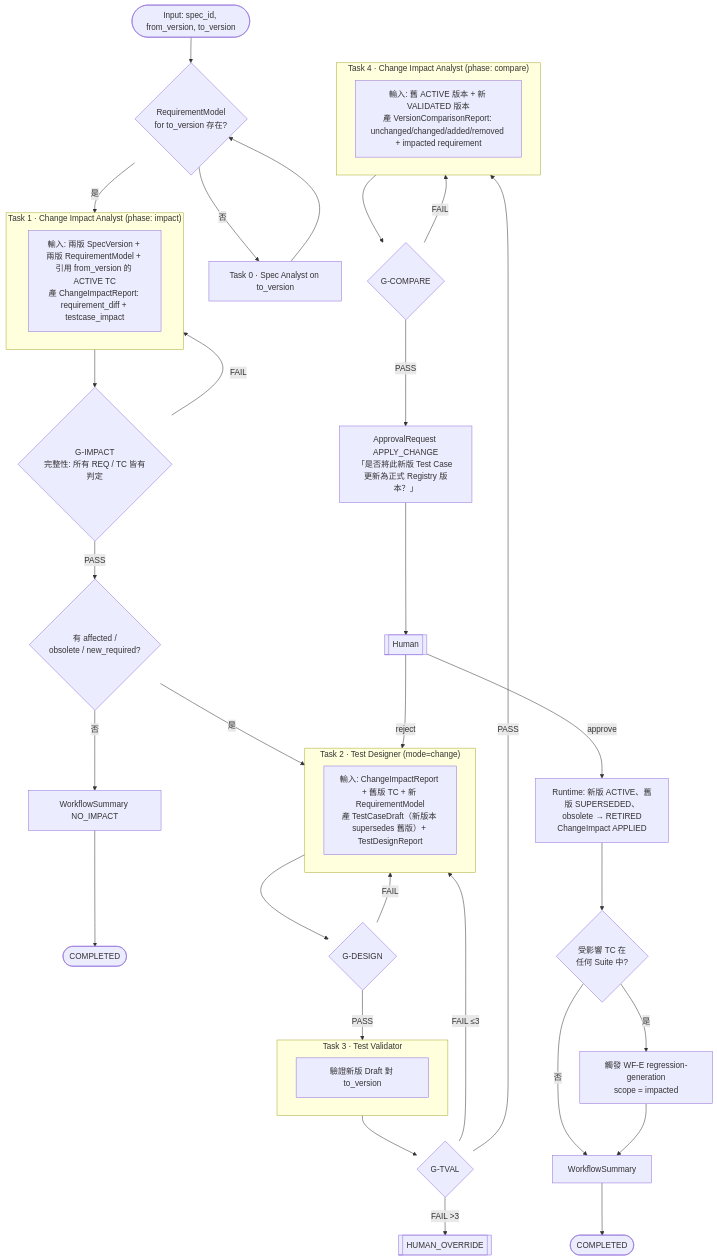
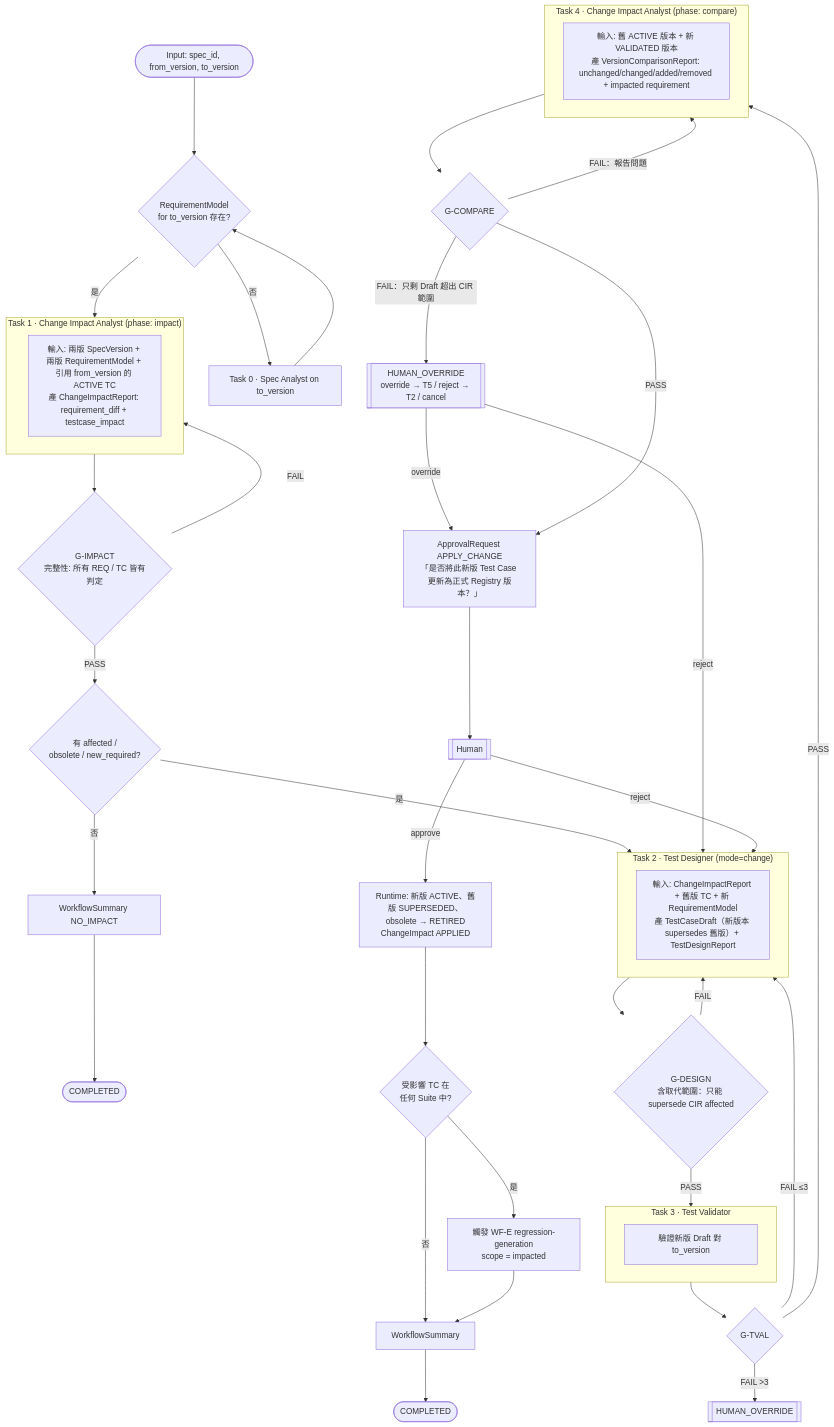
The diagram in docs/workflows/spec-change-impact.md (oscarchen0240/qaos), drawn with Mermaid before and after one commit. The commit also changed 10 other files, not shown here.

First line of the commit message:
fix(gates): G-DESIGN 擋下超出 CIR 範圍的取代；G-COMPARE 只剩 Draft 問題時改建 HUMAN_OVERRIDE

````diff
--- a/docs/workflows/spec-change-impact.md
+++ b/docs/workflows/spec-change-impact.md
@@ -3,38 +3,41 @@
 ```mermaid
 flowchart TD
     IN([Input: spec_id, from_version, to_version]) --> T0{RequirementModel<br/>for to_version 存在?}
     T0 -->|否| SA[Task 0 · Spec Analyst on to_version] --> T0
     T0 -->|是| T1
     subgraph T1["Task 1 · Change Impact Analyst (phase: impact)"]
         CIA[輸入: 兩版 SpecVersion + 兩版 RequirementModel + 引用 from_version 的 ACTIVE TC<br/>產 ChangeImpactReport: requirement_diff + testcase_impact]
     end
     T1 --> G1{G-IMPACT<br/>完整性: 所有 REQ / TC 皆有判定}
     G1 -->|FAIL| T1
     G1 -->|PASS| NI{有 affected /<br/>obsolete / new_required?}
     NI -->|否| S0[WorkflowSummary NO_IMPACT] --> END0([COMPLETED])
     NI -->|是| T2
     subgraph T2["Task 2 · Test Designer (mode=change)"]
         TD[輸入: ChangeImpactReport + 舊版 TC + 新 RequirementModel<br/>產 TestCaseDraft（新版本 supersedes 舊版）+ TestDesignReport]
     end
-    T2 --> G2{G-DESIGN} -->|FAIL| T2
+    T2 --> G2{G-DESIGN<br/>含取代範圍：只能 supersede CIR affected} -->|FAIL| T2
     G2 -->|PASS| T3
     subgraph T3["Task 3 · Test Validator"]
         TV[驗證新版 Draft 對 to_version]
     end
     T3 --> G3{G-TVAL}
     G3 -->|FAIL ≤3| T2
     G3 -->|FAIL >3| HO[[HUMAN_OVERRIDE]]
     G3 -->|PASS| T4
     subgraph T4["Task 4 · Change Impact Analyst (phase: compare)"]
         CMP[輸入: 舊 ACTIVE 版本 + 新 VALIDATED 版本<br/>產 VersionComparisonReport: unchanged/changed/added/removed + impacted requirement]
     end
-    T4 --> G4{G-COMPARE} -->|FAIL| T4
+    T4 --> G4{G-COMPARE} -->|FAIL：報告問題| T4
+    G4 -->|FAIL：只剩 Draft 超出 CIR 範圍| HO2[[HUMAN_OVERRIDE<br/>override → T5 / reject → T2 / cancel]]
+    HO2 -->|reject| T2
+    HO2 -->|override| AR
     G4 -->|PASS| AR[ApprovalRequest APPLY_CHANGE<br/>「是否將此新版 Test Case 更新為正式 Registry 版本？」]
     AR --> H[[Human]]
     H -->|approve| C[Runtime: 新版 ACTIVE、舊版 SUPERSEDED、obsolete → RETIRED<br/>ChangeImpact APPLIED]
     H -->|reject| T2
     C --> RG{受影響 TC 在<br/>任何 Suite 中?}
     RG -->|是| WFE[觸發 WF-E regression-generation<br/>scope = impacted]
     RG -->|否| S[WorkflowSummary]
     WFE --> S --> END([COMPLETED])
 ```
````
